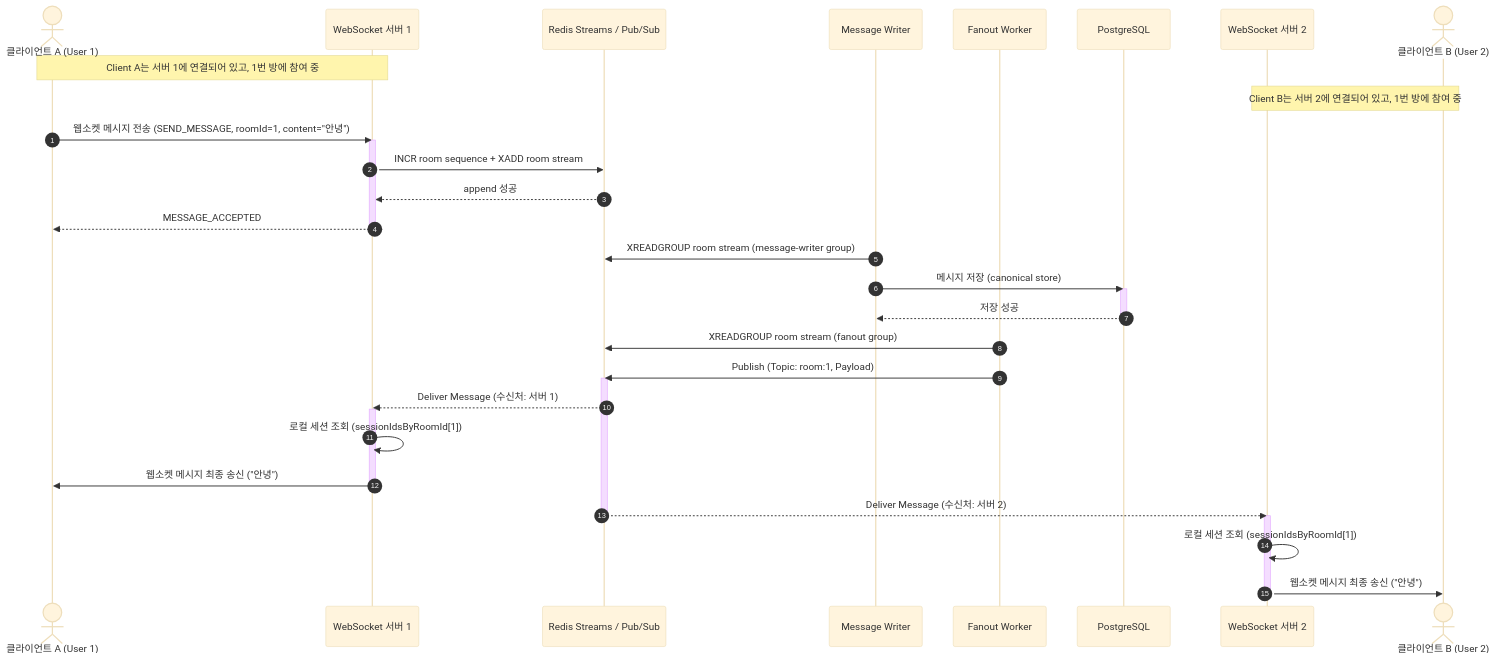
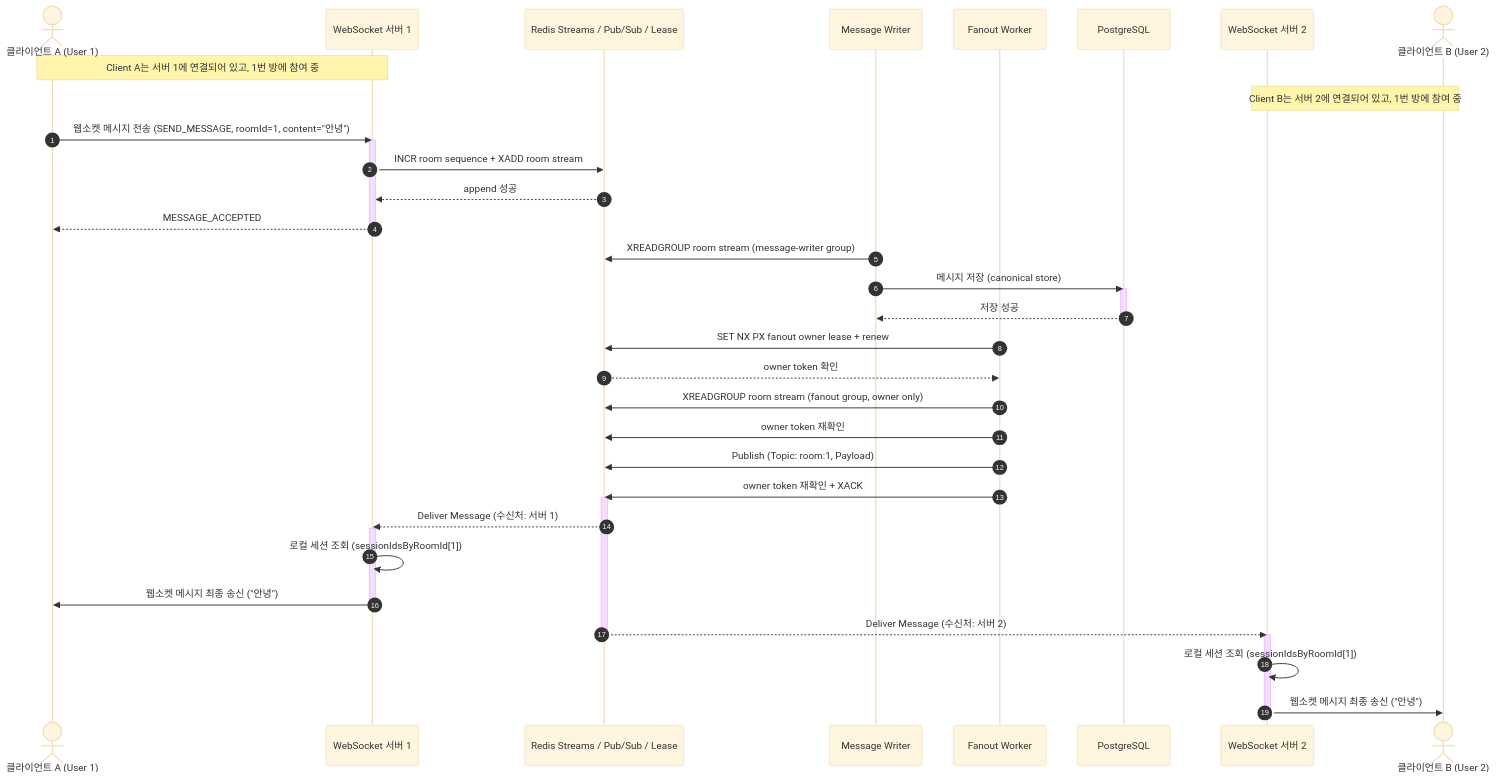
One commit to ydj515/chatting-service changed the second of 2 diagrams in docs/architecture_overview.md. Above: the diagram before and after it, drawn with Mermaid (base theme). The commit also changed other lines of this file and 7 other files, not shown here.

Commit message:
docs: define Redis TTL fanout owner for phase 6

````diff
--- a/docs/architecture_overview.md
+++ b/docs/architecture_overview.md
@@ -60,51 +63,55 @@
 ```mermaid
 sequenceDiagram
     autonumber
     actor ClientA as 클라이언트 A (User 1)
     participant WS1 as WebSocket 서버 1
-    participant Redis as Redis Streams / Pub/Sub
+    participant Redis as Redis Streams / Pub/Sub / Lease
     participant Writer as Message Writer
     participant Fanout as Fanout Worker
     participant DB as PostgreSQL
     participant WS2 as WebSocket 서버 2
     actor ClientB as 클라이언트 B (User 2)
 
     Note over ClientA, WS1: Client A는 서버 1에 연결되어 있고, 1번 방에 참여 중
     Note over ClientB, WS2: Client B는 서버 2에 연결되어 있고, 1번 방에 참여 중
 
     %% 메시지 송신 및 수락
     ClientA->>WS1: 웹소켓 메시지 전송 (SEND_MESSAGE, roomId=1, content="안녕")
     activate WS1
     WS1->>Redis: INCR room sequence + XADD room stream
     Redis-->>WS1: append 성공
     WS1-->>ClientA: MESSAGE_ACCEPTED
     deactivate WS1
 
     %% Worker 저장
     Writer->>Redis: XREADGROUP room stream (message-writer group)
     Writer->>DB: 메시지 저장 (canonical store)
     activate DB
     DB-->>Writer: 저장 성공
     deactivate DB
 
     %% Worker fanout
-    Fanout->>Redis: XREADGROUP room stream (fanout group)
+    Fanout->>Redis: SET NX PX fanout owner lease + renew
+    Redis-->>Fanout: owner token 확인
+    Fanout->>Redis: XREADGROUP room stream (fanout group, owner only)
+    Fanout->>Redis: owner token 재확인
     Fanout->>Redis: Publish (Topic: room:1, Payload)
+    Fanout->>Redis: owner token 재확인 + XACK
     
     %% Redis 전파 (Fanout)
     activate Redis
     Redis-->>WS1: Deliver Message (수신처: 서버 1)
     activate WS1
     WS1->>WS1: 로컬 세션 조회 (sessionIdsByRoomId[1])
     WS1->>ClientA: 웹소켓 메시지 최종 송신 ("안녕")
     deactivate WS1
 
     Redis-->>WS2: Deliver Message (수신처: 서버 2)
     deactivate Redis
     activate WS2
     
     %% 서버 2에서 로컬 클라이언트로 발송
     WS2->>WS2: 로컬 세션 조회 (sessionIdsByRoomId[1])
     WS2->>ClientB: 웹소켓 메시지 최종 송신 ("안녕")
     deactivate WS2
 ```
````
